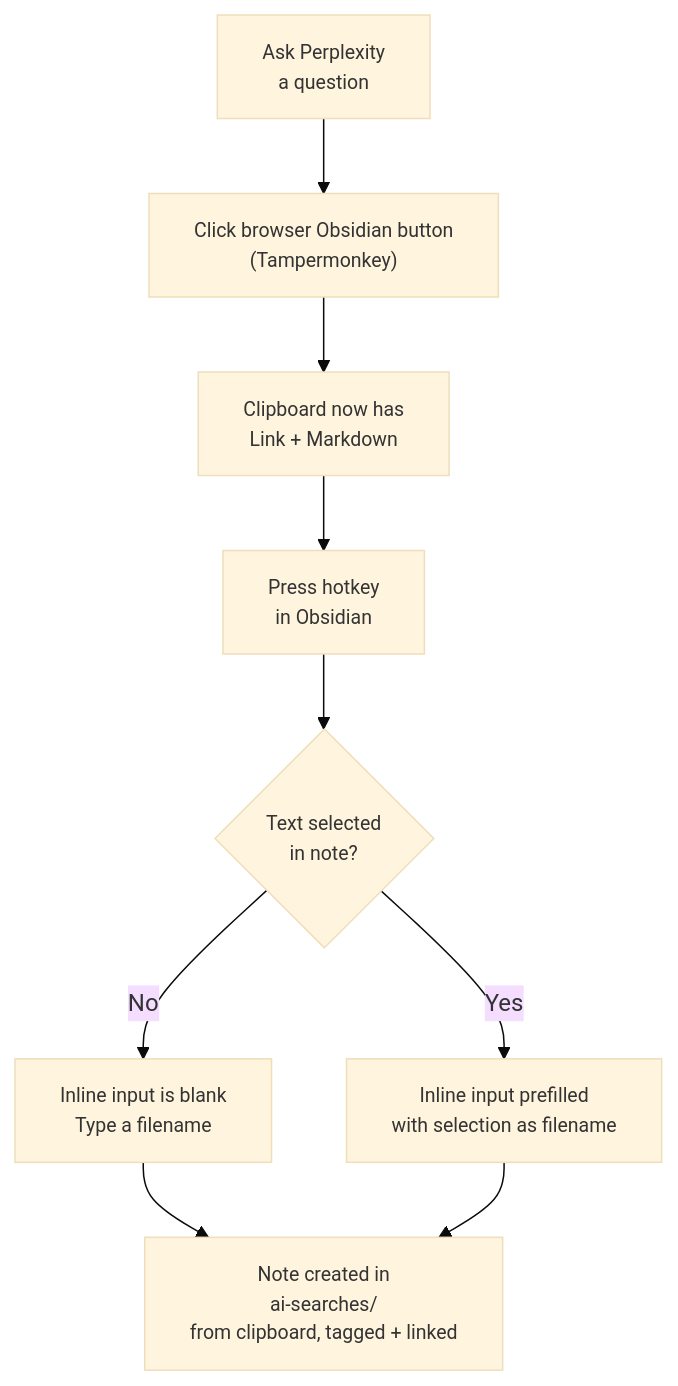
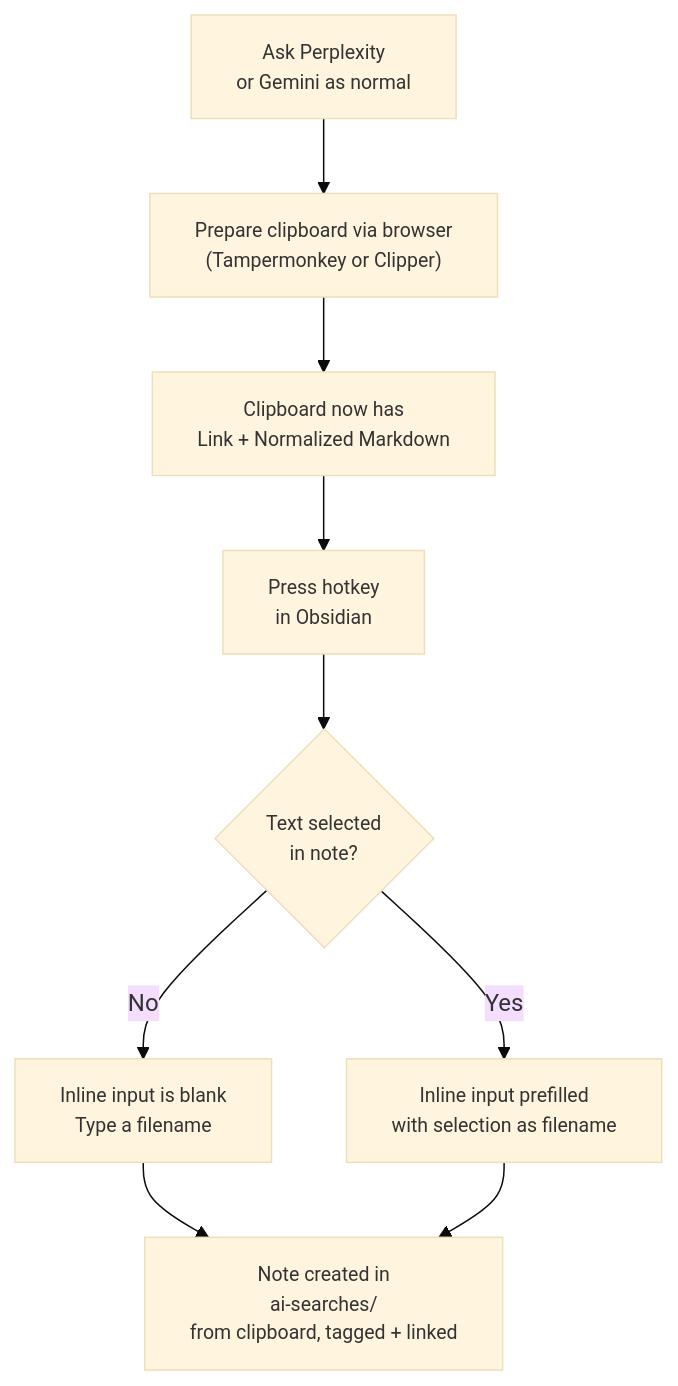
One commit to notuntoward/obsidian-perplexity-saver changed the diagram in README.md. Above: the diagram before and after it, drawn with Mermaid (base theme). The commit also changed other lines of this file, not shown here.

Commit message:
docs: update README with direct exporter, Gemini clipper, and Universal AI Format specs

````diff
--- a/README.md
+++ b/README.md
@@ -12,17 +12,17 @@
 ```mermaid
 flowchart TD
-    A["Ask Perplexity<br/>a question"] --> B["Click browser Obsidian button<br/>(Tampermonkey)"]
-    B --> C["Clipboard now has<br/>Link + Markdown"]
+    A["Ask Perplexity<br/>or Gemini as normal"] --> B["Prepare clipboard via browser<br/>(Tampermonkey or Clipper)"]
+    B --> C["Clipboard now has<br/>Link + Normalized Markdown"]
     C --> D["Press hotkey<br/>in Obsidian"]
     D --> E{"Text selected<br/>in note?"}
     E -->|No| F["Inline input is blank<br/>Type a filename"]
     E -->|Yes| G["Inline input prefilled<br/>with selection as filename"]
     F --> H["Note created in<br/>ai-searches/<br/>from clipboard, tagged + linked"]
     G --> H
 
     %% Define the smaller font style
     classDef smallFont font-size:13px;
     
     %% Assign the style to all nodes at once
     class A,B,C,D,E,F,G,H smallFont;
 ```
````
